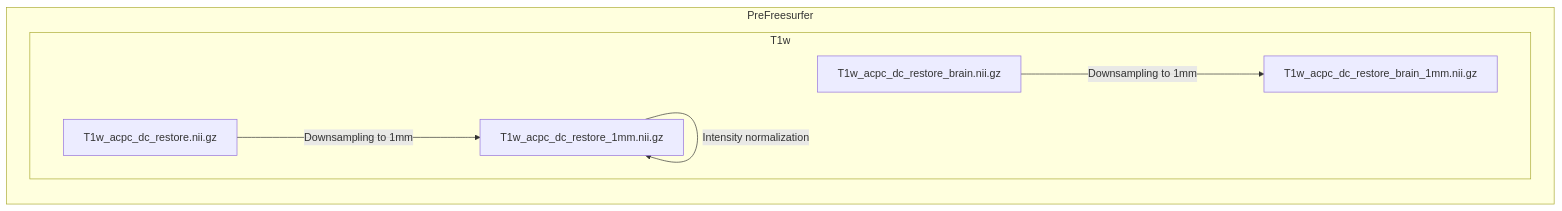
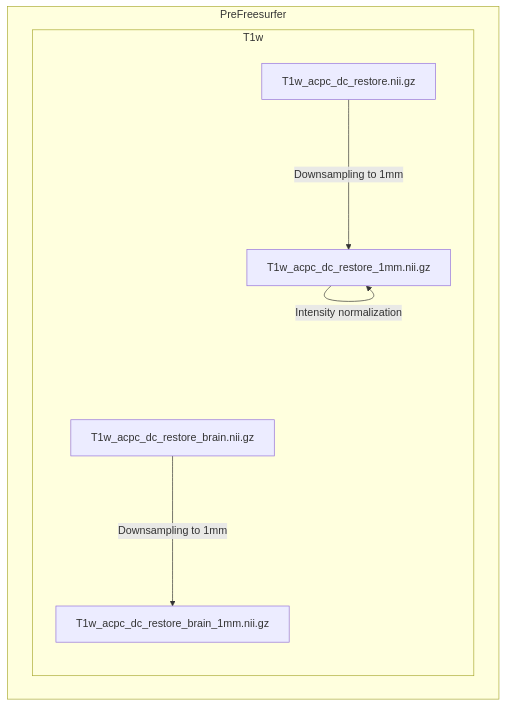
The first of 4 diagrams in README.md (junseohwang/Olfactory_Dysfunction_in_CHR), drawn with Mermaid before and after one commit. The commit also changed other lines of this file, not shown here.

````diff
--- a/README.md
+++ b/README.md
@@ -68,10 +68,10 @@
 ```mermaid
-flowchart LR
+flowchart TD
     subgraph PreFreesurfer
         subgraph T1w
 	        T1w_acpc_dc_restore.nii.gz ---> |Downsampling to 1mm|T1w_acpc_dc_restore_1mm.nii.gz;
 	        T1w_acpc_dc_restore_brain.nii.gz ---> |Downsampling to 1mm|T1w_acpc_dc_restore_brain_1mm.nii.gz;
 	        T1w_acpc_dc_restore_1mm.nii.gz ---> |Intensity normalization|T1w_acpc_dc_restore_1mm.nii.gz;
 	    end
     end
 ```
````
